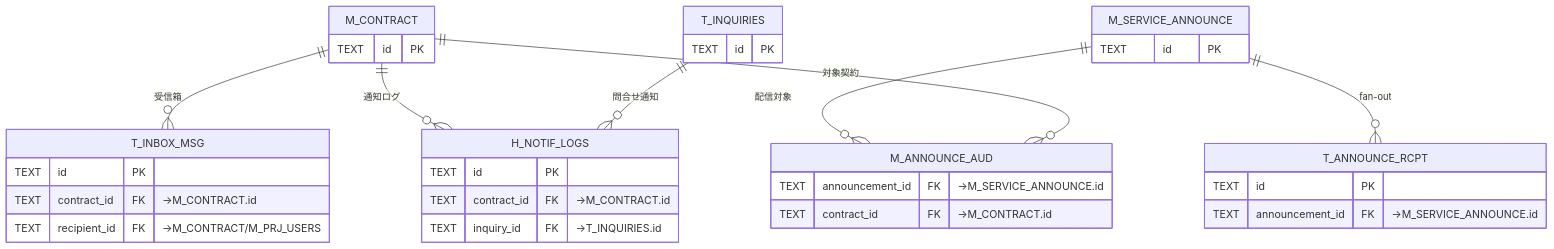
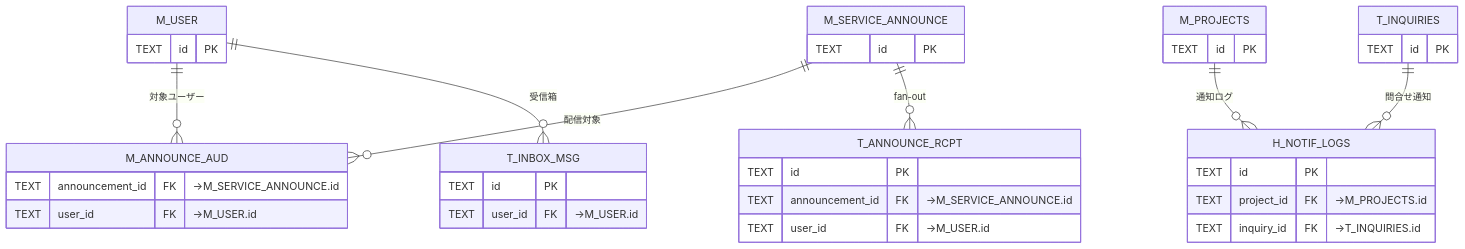
The tenth of 12 diagrams in 02_basic_design/02_backend/04_database/index.md (sikakou54/open-faq), drawn with Mermaid before and after one commit. The commit also changed other lines of this file and 294 other files, not shown here.

````diff
--- a/02_basic_design/02_backend/04_database/index.md
+++ b/02_basic_design/02_backend/04_database/index.md
@@ -268,22 +270,23 @@
 ```mermaid
 erDiagram
-  M_CONTRACT { TEXT id PK }
+  M_USER { TEXT id PK }
+  M_PROJECTS { TEXT id PK }
   M_SERVICE_ANNOUNCE { TEXT id PK }
   M_ANNOUNCE_AUD { TEXT announcement_id FK "→M_SERVICE_ANNOUNCE.id"
-    TEXT contract_id FK "→M_CONTRACT.id" }
+    TEXT user_id FK "→M_USER.id" }
   T_ANNOUNCE_RCPT { TEXT id PK
-    TEXT announcement_id FK "→M_SERVICE_ANNOUNCE.id" }
+    TEXT announcement_id FK "→M_SERVICE_ANNOUNCE.id"
+    TEXT user_id FK "→M_USER.id" }
   T_INBOX_MSG { TEXT id PK
-    TEXT contract_id FK "→M_CONTRACT.id"
-    TEXT recipient_id FK "→M_CONTRACT/M_PRJ_USERS" }
+    TEXT user_id FK "→M_USER.id" }
   H_NOTIF_LOGS { TEXT id PK
-    TEXT contract_id FK "→M_CONTRACT.id"
+    TEXT project_id FK "→M_PROJECTS.id"
     TEXT inquiry_id FK "→T_INQUIRIES.id" }
   T_INQUIRIES { TEXT id PK }
   M_SERVICE_ANNOUNCE ||--o{ M_ANNOUNCE_AUD : "配信対象"
-  M_CONTRACT ||--o{ M_ANNOUNCE_AUD : "対象契約"
+  M_USER ||--o{ M_ANNOUNCE_AUD : "対象ユーザー"
   M_SERVICE_ANNOUNCE ||--o{ T_ANNOUNCE_RCPT : "fan-out"
-  M_CONTRACT ||--o{ T_INBOX_MSG : "受信箱"
-  M_CONTRACT ||--o{ H_NOTIF_LOGS : "通知ログ"
+  M_USER ||--o{ T_INBOX_MSG : "受信箱"
+  M_PROJECTS ||--o{ H_NOTIF_LOGS : "通知ログ"
   T_INQUIRIES ||--o{ H_NOTIF_LOGS : "問合せ通知"
 ```
````
